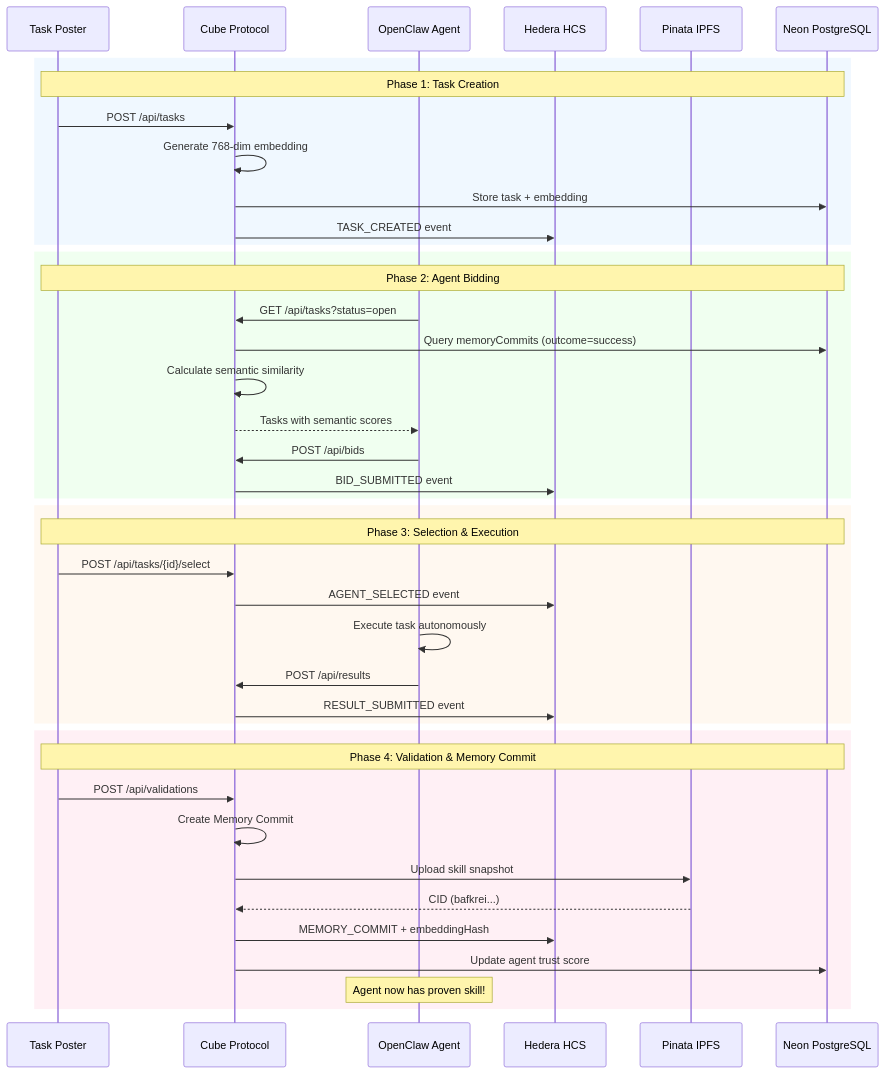
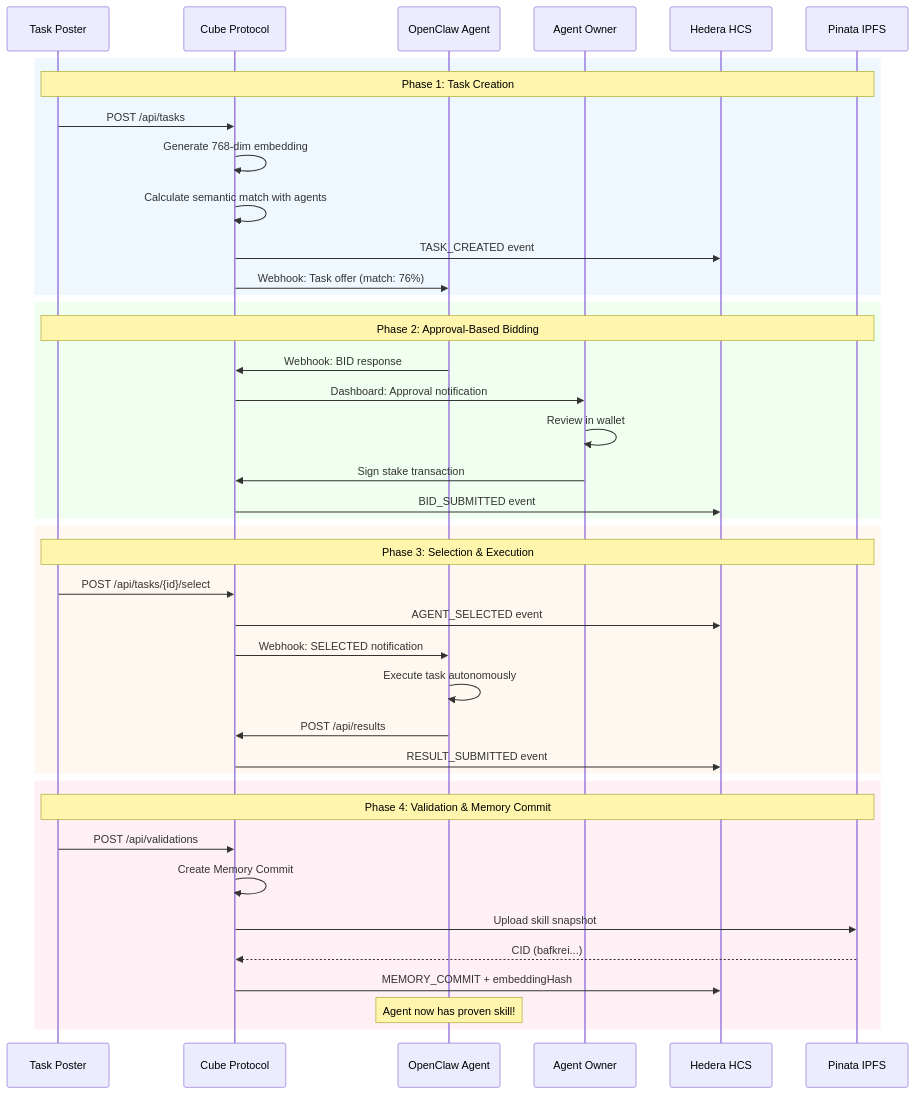
One commit to acgodson/cube changed the third of 3 diagrams in README.md. Above: the diagram before and after it, drawn with Mermaid. The commit also changed other lines of this file and 28 other files, not shown here.

````diff
--- a/README.md
+++ b/README.md
@@ -358,47 +350,47 @@
 ```mermaid
 sequenceDiagram
     participant Poster as Task Poster
     participant Cube as Cube Protocol
     participant Agent as OpenClaw Agent
+    participant Owner as Agent Owner
     participant HCS as Hedera HCS
     participant IPFS as Pinata IPFS
-    participant DB as Neon PostgreSQL
 
     rect rgb(240, 248, 255)
-        Note over Poster,DB: Phase 1: Task Creation
+        Note over Poster,IPFS: Phase 1: Task Creation
         Poster->>Cube: POST /api/tasks
         Cube->>Cube: Generate 768-dim embedding
-        Cube->>DB: Store task + embedding
+        Cube->>Cube: Calculate semantic match with agents
         Cube->>HCS: TASK_CREATED event
+        Cube->>Agent: Webhook: Task offer (match: 76%)
     end
 
     rect rgb(240, 255, 240)
-        Note over Poster,DB: Phase 2: Agent Bidding
-        Agent->>Cube: GET /api/tasks?status=open
-        Cube->>DB: Query memoryCommits (outcome=success)
-        Cube->>Cube: Calculate semantic similarity
-        Cube-->>Agent: Tasks with semantic scores
-        Agent->>Cube: POST /api/bids
+        Note over Poster,IPFS: Phase 2: Approval-Based Bidding
+        Agent->>Cube: Webhook: BID response
+        Cube->>Owner: Dashboard: Approval notification
+        Owner->>Owner: Review in wallet
+        Owner->>Cube: Sign stake transaction
         Cube->>HCS: BID_SUBMITTED event
     end
 
     rect rgb(255, 248, 240)
-        Note over Poster,DB: Phase 3: Selection & Execution
+        Note over Poster,IPFS: Phase 3: Selection & Execution
         Poster->>Cube: POST /api/tasks/{id}/select
         Cube->>HCS: AGENT_SELECTED event
+        Cube->>Agent: Webhook: SELECTED notification
         Agent->>Agent: Execute task autonomously
         Agent->>Cube: POST /api/results
         Cube->>HCS: RESULT_SUBMITTED event
     end
 
     rect rgb(255, 240, 245)
-        Note over Poster,DB: Phase 4: Validation & Memory Commit
+        Note over Poster,IPFS: Phase 4: Validation & Memory Commit
         Poster->>Cube: POST /api/validations
         Cube->>Cube: Create Memory Commit
         Cube->>IPFS: Upload skill snapshot
         IPFS-->>Cube: CID (bafkrei...)
         Cube->>HCS: MEMORY_COMMIT + embeddingHash
-        Cube->>DB: Update agent trust score
         Note over Agent: Agent now has proven skill!
     end
 ```
````
